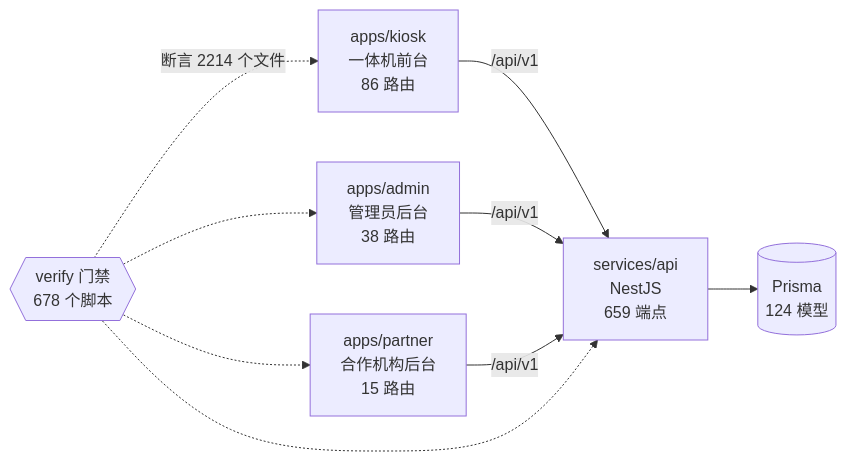
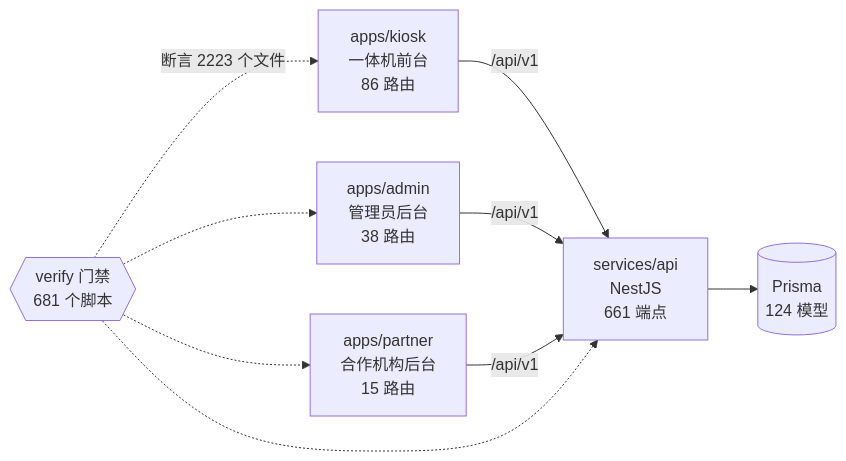
Before and after one commit to wanglei581/YITIJI: the diagram in docs/graph/README.md, drawn with Mermaid. The commit also changed other lines of this file and 3 other files, not shown here.

Commit message:
重出项目图谱：登记小青、数字人、模拟面试可用性探针

````diff
--- a/docs/graph/README.md
+++ b/docs/graph/README.md
@@ -68,18 +68,18 @@
 ```mermaid
 flowchart LR
   kiosk["apps/kiosk<br/>一体机前台<br/>86 路由"]
   admin["apps/admin<br/>管理员后台<br/>38 路由"]
   partner["apps/partner<br/>合作机构后台<br/>15 路由"]
-  api["services/api<br/>NestJS<br/>659 端点"]
+  api["services/api<br/>NestJS<br/>661 端点"]
   db[("Prisma<br/>124 模型")]
-  gates{{"verify 门禁<br/>678 个脚本"}}
+  gates{{"verify 门禁<br/>681 个脚本"}}
 
   kiosk -->|"/api/v1"| api
   admin -->|"/api/v1"| api
   partner -->|"/api/v1"| api
   api --> db
-  gates -.->|"断言 2214 个文件"| kiosk
+  gates -.->|"断言 2223 个文件"| kiosk
   gates -.-> admin
   gates -.-> partner
   gates -.-> api
 ```
````
